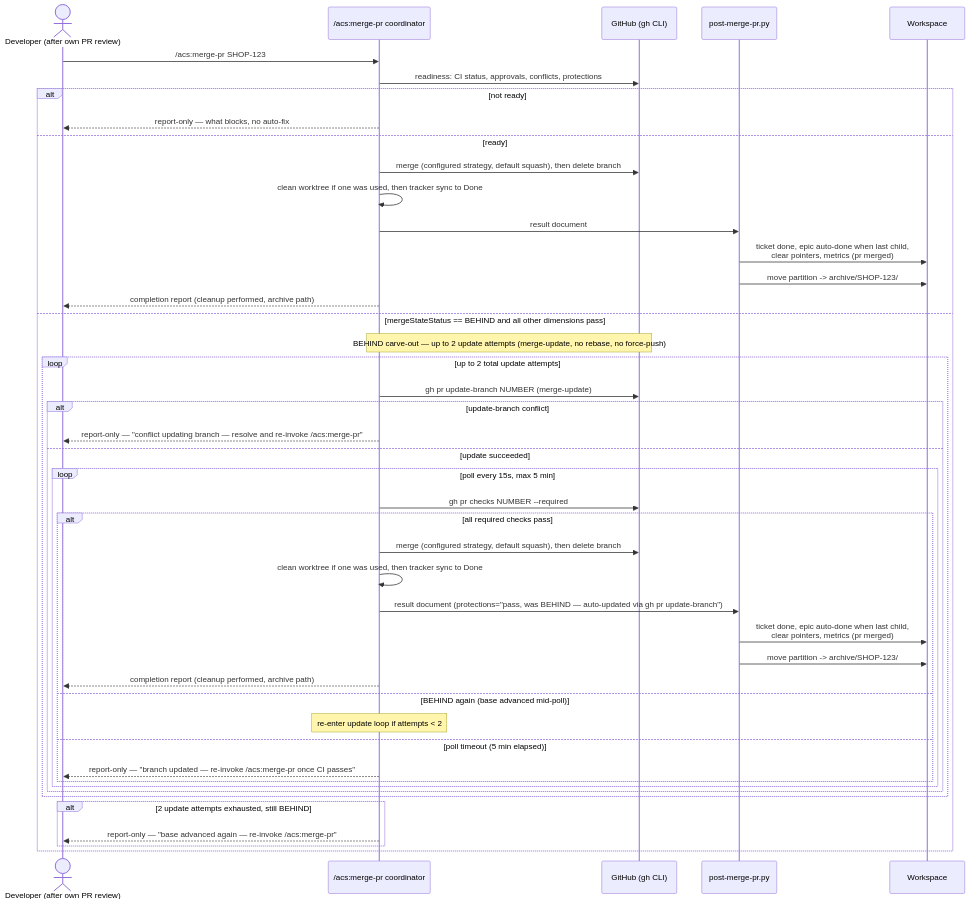
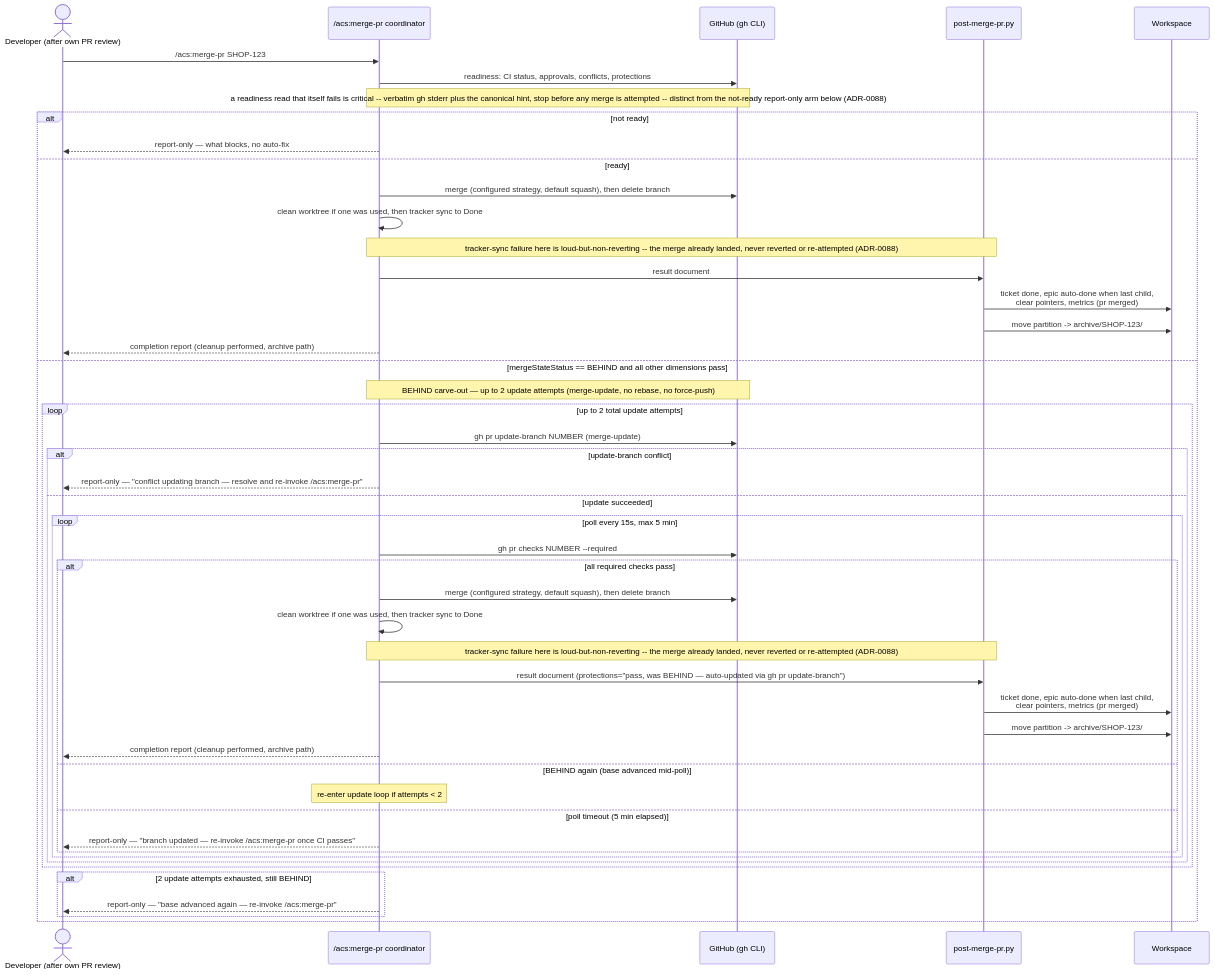
Before and after one commit to globalmindsolution/gms-marketplace: the second of 2 diagrams in docs/architecture/lld/flows/ticket-lifecycle.md, drawn with Mermaid. The commit also changed 22 other files, not shown here.

Commit message:
[#487] gh CLI criticality classification and fail-loud diagnostics across create-ticket/create-pr/merge-pr (#502)

````diff
--- a/docs/architecture/lld/flows/ticket-lifecycle.md
+++ b/docs/architecture/lld/flows/ticket-lifecycle.md
@@ -23,48 +23,51 @@
 ```mermaid
 sequenceDiagram
     actor Dev as Developer (after own PR review)
     participant CO as /acs:merge-pr coordinator
     participant GH as GitHub (gh CLI)
     participant POST as post-merge-pr.py
     participant WS as Workspace
 
     Dev->>CO: /acs:merge-pr SHOP-123
     CO->>GH: readiness: CI status, approvals, conflicts, protections
+    note over CO,GH: a readiness read that itself fails is critical -- verbatim gh stderr plus the canonical hint, stop before any merge is attempted -- distinct from the not-ready report-only arm below (ADR-0088)
     alt not ready
         CO-->>Dev: report-only — what blocks, no auto-fix
     else ready
         CO->>GH: merge (configured strategy, default squash), then delete branch
         CO->>CO: clean worktree if one was used, then tracker sync to Done
+        note over CO,POST: tracker-sync failure here is loud-but-non-reverting -- the merge already landed, never reverted or re-attempted (ADR-0088)
         CO->>POST: result document
         POST->>WS: ticket done, epic auto-done when last child,<br/>clear pointers, metrics (pr merged)
         POST->>WS: move partition -> archive/SHOP-123/
         CO-->>Dev: completion report (cleanup performed, archive path)
     else mergeStateStatus == BEHIND and all other dimensions pass
         note over CO,GH: BEHIND carve-out — up to 2 update attempts (merge-update, no rebase, no force-push)
         loop up to 2 total update attempts
             CO->>GH: gh pr update-branch NUMBER (merge-update)
             alt update-branch conflict
                 CO-->>Dev: report-only — "conflict updating branch — resolve and re-invoke /acs:merge-pr"
             else update succeeded
                 loop poll every 15s, max 5 min
                     CO->>GH: gh pr checks NUMBER --required
                     alt all required checks pass
                         CO->>GH: merge (configured strategy, default squash), then delete branch
                         CO->>CO: clean worktree if one was used, then tracker sync to Done
+                        note over CO,POST: tracker-sync failure here is loud-but-non-reverting -- the merge already landed, never reverted or re-attempted (ADR-0088)
                         CO->>POST: result document (protections="pass, was BEHIND — auto-updated via gh pr update-branch")
                         POST->>WS: ticket done, epic auto-done when last child,<br/>clear pointers, metrics (pr merged)
                         POST->>WS: move partition -> archive/SHOP-123/
                         CO-->>Dev: completion report (cleanup performed, archive path)
                     else BEHIND again (base advanced mid-poll)
                         note over CO: re-enter update loop if attempts < 2
                     else poll timeout (5 min elapsed)
                         CO-->>Dev: report-only — "branch updated — re-invoke /acs:merge-pr once CI passes"
                     end
                 end
             end
         end
         alt 2 update attempts exhausted, still BEHIND
             CO-->>Dev: report-only — "base advanced again — re-invoke /acs:merge-pr"
         end
     end
 ```
````
